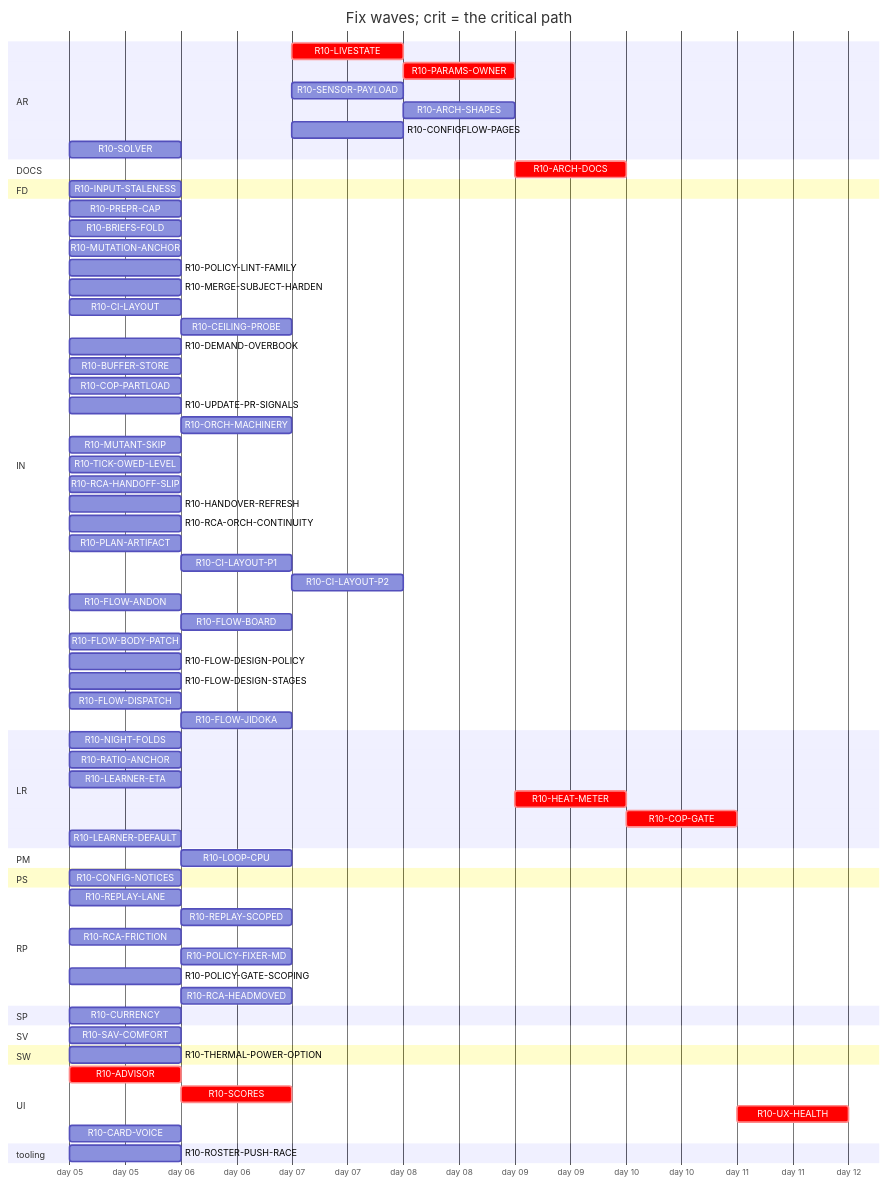
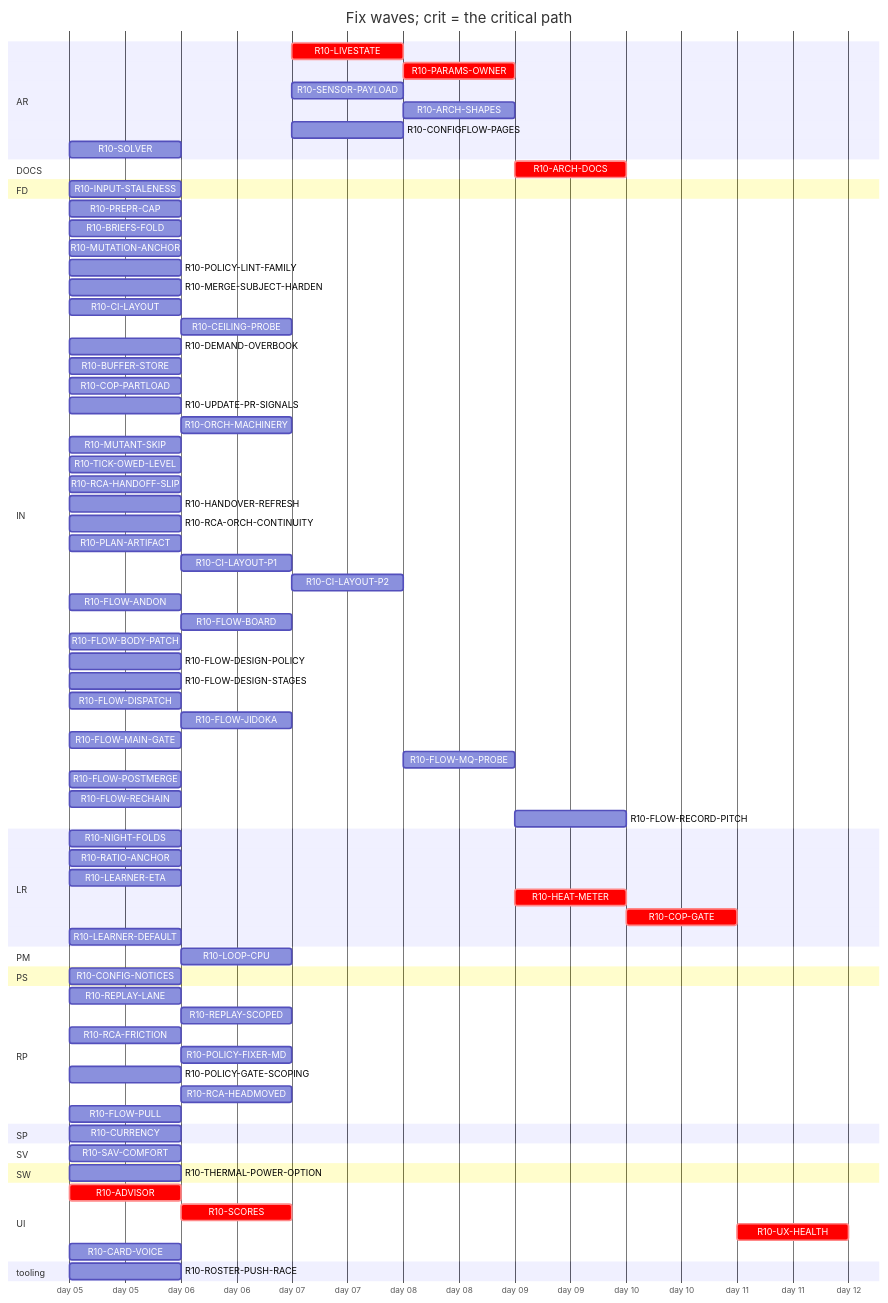
Before and after one commit to tvofi/heatpump_optimizer: the diagram in handoff/round10/state/PLAN-TABLE.md, drawn with Mermaid. The commit also changed other lines of this file and 2 other files, not shown here.

````diff
--- a/handoff/round10/state/PLAN-TABLE.md
+++ b/handoff/round10/state/PLAN-TABLE.md
@@ -26,76 +26,82 @@
 ```mermaid
 gantt
   title Fix waves; crit = the critical path
   dateFormat YYYY-MM-DD
   axisFormat day %d
   section AR
     R10-LIVESTATE :crit, r10LIVESTATE, after r10SCORES r10LOOPCPU, 1d
     R10-PARAMS-OWNER :crit, r10PARAMSOWNER, after r10LIVESTATE r10NIGHTFOLDS r10RATIOANCHOR, 1d
     R10-SENSOR-PAYLOAD :r10SENSORPAYLOAD, after r10SCORES, 1d
     R10-ARCH-SHAPES :r10ARCHSHAPES, after r10SENSORPAYLOAD r10LIVESTATE r10INPUTSTALENESS, 1d
     R10-CONFIGFLOW-PAGES :r10CONFIGFLOWPAGES, after r10HEATMETER, 1d
     R10-SOLVER :r10SOLVER, 2026-01-05, 1d
   section DOCS
     R10-ARCH-DOCS :crit, r10ARCHDOCS, after r10NIGHTFOLDS r10RATIOANCHOR r10INPUTSTALENESS r10CURRENCY r10LOOPCPU r10ADVISOR r10SCORES r10LIVESTATE r10CONFIGNOTICES r10PARAMSOWNER r10SENSORPAYLOAD r10ARCHSHAPES r10LEARNERETA r10HEATMETER r10COPGATE r10UXHEALTH r10CONFIGFLOWPAGES r10SOLVER r10BRIEFSFOLD r10REPLAYLANE r10REPLAYSCOPED, 1d
   section FD
     R10-INPUT-STALENESS :r10INPUTSTALENESS, 2026-01-05, 1d
   section IN
     R10-PREPR-CAP :r10PREPRCAP, 2026-01-05, 1d
     R10-BRIEFS-FOLD :r10BRIEFSFOLD, 2026-01-05, 1d
     R10-MUTATION-ANCHOR :r10MUTATIONANCHOR, 2026-01-05, 1d
     R10-POLICY-LINT-FAMILY :r10POLICYLINTFAMILY, 2026-01-05, 1d
     R10-MERGE-SUBJECT-HARDEN :r10MERGESUBJECTHARDEN, 2026-01-05, 1d
     R10-CI-LAYOUT :r10CILAYOUT, 2026-01-05, 1d
     R10-CEILING-PROBE :r10CEILINGPROBE, after r10CILAYOUT r10NIGHTFOLDS, 1d
     R10-DEMAND-OVERBOOK :r10DEMANDOVERBOOK, 2026-01-05, 1d
     R10-BUFFER-STORE :r10BUFFERSTORE, 2026-01-05, 1d
     R10-COP-PARTLOAD :r10COPPARTLOAD, 2026-01-05, 1d
     R10-UPDATE-PR-SIGNALS :r10UPDATEPRSIGNALS, 2026-01-05, 1d
     R10-ORCH-MACHINERY :r10ORCHMACHINERY, after r10CILAYOUT, 1d
     R10-MUTANT-SKIP :r10MUTANTSKIP, 2026-01-05, 1d
     R10-TICK-OWED-LEVEL :r10TICKOWEDLEVEL, 2026-01-05, 1d
     R10-RCA-HANDOFF-SLIP :r10RCAHANDOFFSLIP, 2026-01-05, 1d
     R10-HANDOVER-REFRESH :r10HANDOVERREFRESH, 2026-01-05, 1d
     R10-RCA-ORCH-CONTINUITY :r10RCAORCHCONTINUITY, 2026-01-05, 1d
     R10-PLAN-ARTIFACT :r10PLANARTIFACT, 2026-01-05, 1d
     R10-CI-LAYOUT-P1 :r10CILAYOUTP1, after r10CILAYOUT, 1d
     R10-CI-LAYOUT-P2 :r10CILAYOUTP2, after r10CILAYOUTP1, 1d
     R10-FLOW-ANDON :r10FLOWANDON, 2026-01-05, 1d
     R10-FLOW-BOARD :r10FLOWBOARD, after r10PLANARTIFACT, 1d
     R10-FLOW-BODY-PATCH :r10FLOWBODYPATCH, 2026-01-05, 1d
     R10-FLOW-DESIGN-POLICY :r10FLOWDESIGNPOLICY, 2026-01-05, 1d
     R10-FLOW-DESIGN-STAGES :r10FLOWDESIGNSTAGES, 2026-01-05, 1d
     R10-FLOW-DISPATCH :r10FLOWDISPATCH, 2026-01-05, 1d
     R10-FLOW-JIDOKA :r10FLOWJIDOKA, after r10PREPRCAP, 1d
+    R10-FLOW-MAIN-GATE :r10FLOWMAINGATE, 2026-01-05, 1d
+    R10-FLOW-MQ-PROBE :r10FLOWMQPROBE, after r10CILAYOUTP2, 1d
+    R10-FLOW-POSTMERGE :r10FLOWPOSTMERGE, 2026-01-05, 1d
+    R10-FLOW-RECHAIN :r10FLOWRECHAIN, 2026-01-05, 1d
+    R10-FLOW-RECORD-PITCH :r10FLOWRECORDPITCH, after r10CILAYOUTP2 r10FLOWPULL r10FLOWMQPROBE, 1d
   section LR
     R10-NIGHT-FOLDS :r10NIGHTFOLDS, 2026-01-05, 1d
     R10-RATIO-ANCHOR :r10RATIOANCHOR, 2026-01-05, 1d
     R10-LEARNER-ETA :r10LEARNERETA, 2026-01-05, 1d
     R10-HEAT-METER :crit, r10HEATMETER, after r10LEARNERETA r10INPUTSTALENESS r10RATIOANCHOR r10PARAMSOWNER r10ARCHSHAPES r10THERMALPOWEROPTION, 1d
     R10-COP-GATE :crit, r10COPGATE, after r10HEATMETER r10SENSORPAYLOAD, 1d
     R10-LEARNER-DEFAULT :r10LEARNERDEFAULT, 2026-01-05, 1d
   section PM
     R10-LOOP-CPU :r10LOOPCPU, after r10NIGHTFOLDS, 1d
   section PS
     R10-CONFIG-NOTICES :r10CONFIGNOTICES, 2026-01-05, 1d
   section RP
     R10-REPLAY-LANE :r10REPLAYLANE, 2026-01-05, 1d
     R10-REPLAY-SCOPED :r10REPLAYSCOPED, after r10REPLAYLANE, 1d
     R10-RCA-FRICTION :r10RCAFRICTION, 2026-01-05, 1d
     R10-POLICY-FIXER-MD :r10POLICYFIXERMD, after r10RCAFRICTION r10BRIEFSFOLD, 1d
     R10-POLICY-GATE-SCOPING :r10POLICYGATESCOPING, 2026-01-05, 1d
     R10-RCA-HEADMOVED :r10RCAHEADMOVED, after r10RCAFRICTION, 1d
+    R10-FLOW-PULL :r10FLOWPULL, 2026-01-05, 1d
   section SP
     R10-CURRENCY :r10CURRENCY, 2026-01-05, 1d
   section SV
     R10-SAV-COMFORT :r10SAVCOMFORT, 2026-01-05, 1d
   section SW
     R10-THERMAL-POWER-OPTION :r10THERMALPOWEROPTION, 2026-01-05, 1d
   section UI
     R10-ADVISOR :crit, r10ADVISOR, 2026-01-05, 1d
     R10-SCORES :crit, r10SCORES, after r10ADVISOR, 1d
     R10-UX-HEALTH :crit, r10UXHEALTH, after r10SCORES r10COPGATE r10HEATMETER, 1d
     R10-CARD-VOICE :r10CARDVOICE, 2026-01-05, 1d
   section tooling
     R10-ROSTER-PUSH-RACE :r10ROSTERPUSHRACE, 2026-01-05, 1d
 ```
````
